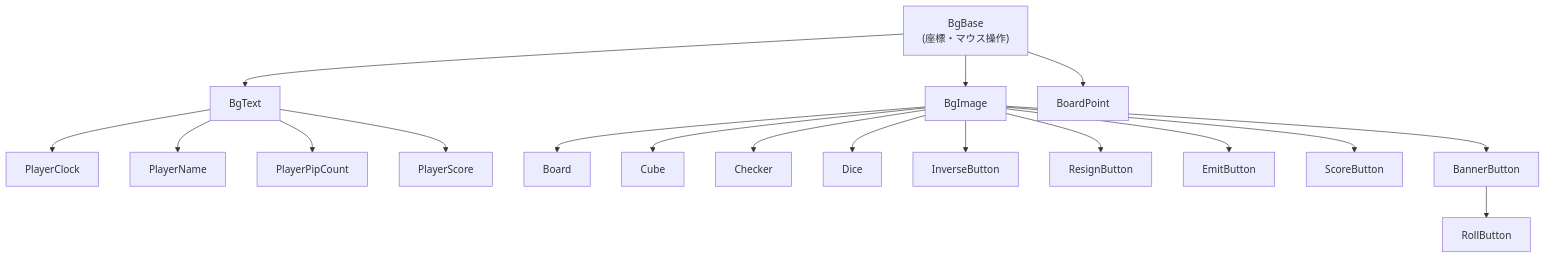
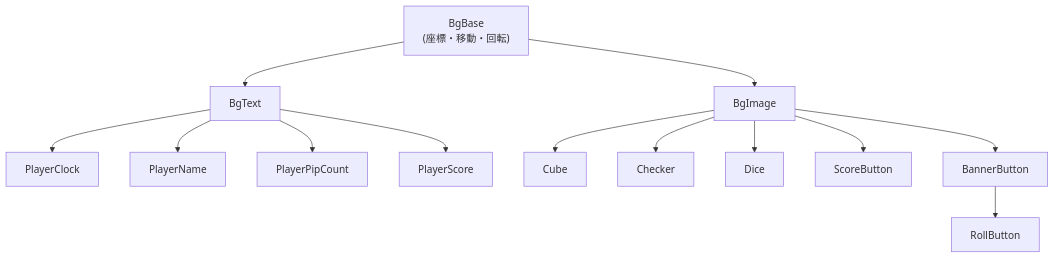
One commit to ytani01/ytBackgammon changed the fourth of 4 diagrams in docs/Developer.md. Above: the diagram before and after it, drawn with Mermaid. The commit also changed other lines of this file and 55 other files, not shown here.

````diff
--- a/docs/Developer.md
+++ b/docs/Developer.md
@@ -399,20 +440,15 @@
 ```mermaid
 graph TD
-    BgBase["BgBase<br/>(座標・マウス操作)"] --> BgText
+    BgBase["BgBase<br/>(座標・移動・回転)"] --> BgText
     BgBase --> BgImage
-    BgBase --> BoardPoint
     BgText --> PlayerClock
     BgText --> PlayerName
     BgText --> PlayerPipCount
     BgText --> PlayerScore
-    BgImage --> Board
     BgImage --> Cube
     BgImage --> Checker
     BgImage --> Dice
-    BgImage --> InverseButton
-    BgImage --> ResignButton
-    BgImage --> EmitButton
     BgImage --> ScoreButton
     BgImage --> BannerButton
     BannerButton --> RollButton
 ```
````
